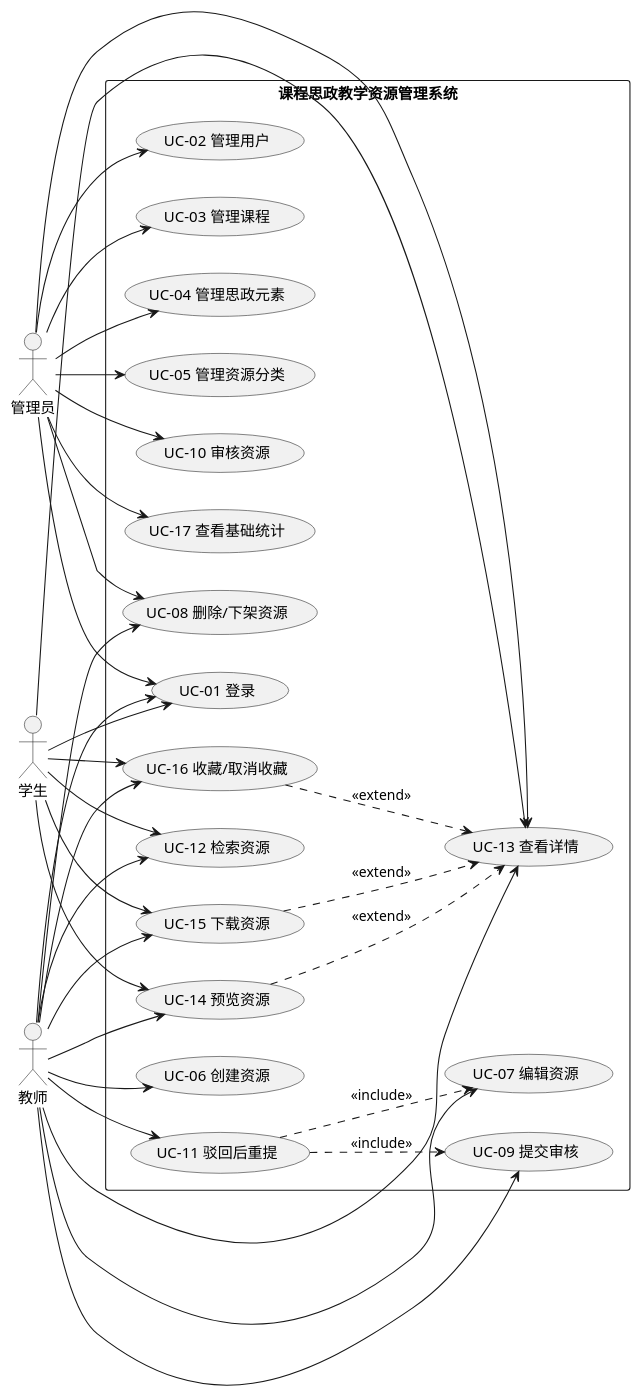
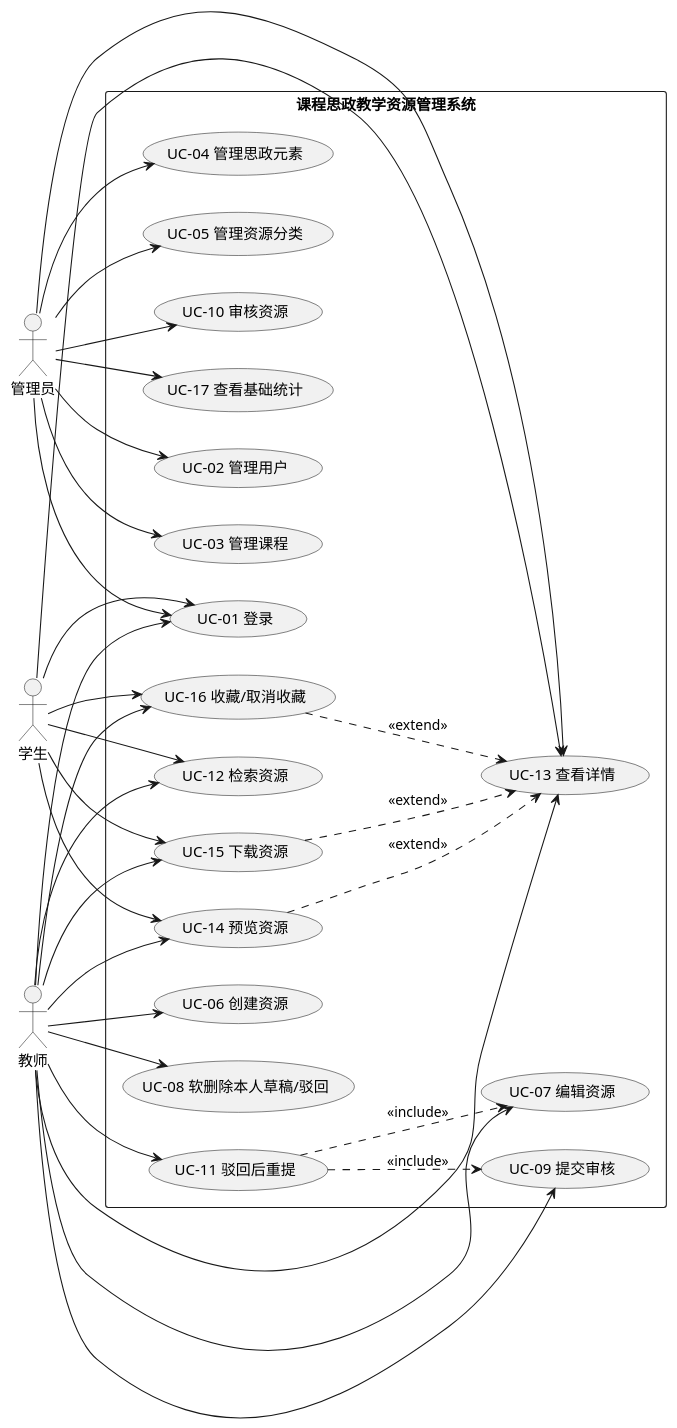
The diagram in docs/03-用例规约.md (snowlei1/Management-System), drawn with PlantUML before and after one commit. The commit also changed other lines of this file and 24 other files, not shown here.

````diff
--- a/docs/03-用例规约.md
+++ b/docs/03-用例规约.md
@@ -156,58 +159,57 @@
 ```plantuml
 @startuml
 left to right direction
 actor 管理员 as Admin
 actor 教师 as Teacher
 actor 学生 as Student
 rectangle 课程思政教学资源管理系统 {
   usecase "UC-01 登录" as Login
   usecase "UC-02 管理用户" as Users
   usecase "UC-03 管理课程" as Courses
   usecase "UC-04 管理思政元素" as Elements
   usecase "UC-05 管理资源分类" as Categories
   usecase "UC-06 创建资源" as Create
   usecase "UC-07 编辑资源" as Edit
-  usecase "UC-08 删除/下架资源" as Remove
+  usecase "UC-08 软删除本人草稿/驳回" as Remove
   usecase "UC-09 提交审核" as Submit
   usecase "UC-10 审核资源" as Audit
   usecase "UC-11 驳回后重提" as Resubmit
   usecase "UC-12 检索资源" as Search
   usecase "UC-13 查看详情" as Detail
   usecase "UC-14 预览资源" as Preview
   usecase "UC-15 下载资源" as Download
   usecase "UC-16 收藏/取消收藏" as Favorite
   usecase "UC-17 查看基础统计" as Statistics
 }
 Admin --> Login
 Teacher --> Login
 Student --> Login
 Admin --> Users
 Admin --> Courses
 Admin --> Elements
 Admin --> Categories
-Admin --> Remove
 Admin --> Audit
 Admin --> Statistics
 Teacher --> Create
 Teacher --> Edit
 Teacher --> Remove
 Teacher --> Submit
 Teacher --> Resubmit
 Teacher --> Favorite
 Student --> Favorite
 Teacher --> Search
 Student --> Search
 Admin --> Detail
 Teacher --> Detail
 Student --> Detail
 Teacher --> Preview
 Student --> Preview
 Teacher --> Download
 Student --> Download
 Resubmit ..> Edit : <<include>>
 Resubmit ..> Submit : <<include>>
 Preview ..> Detail : <<extend>>
 Download ..> Detail : <<extend>>
 Favorite ..> Detail : <<extend>>
 @enduml
 ```
````
